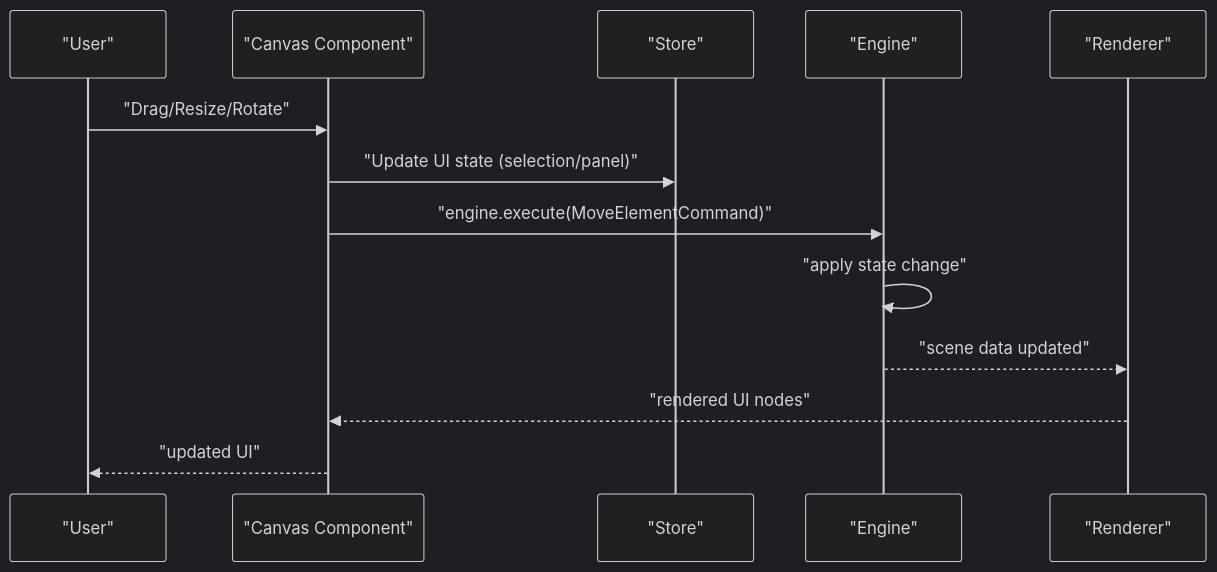
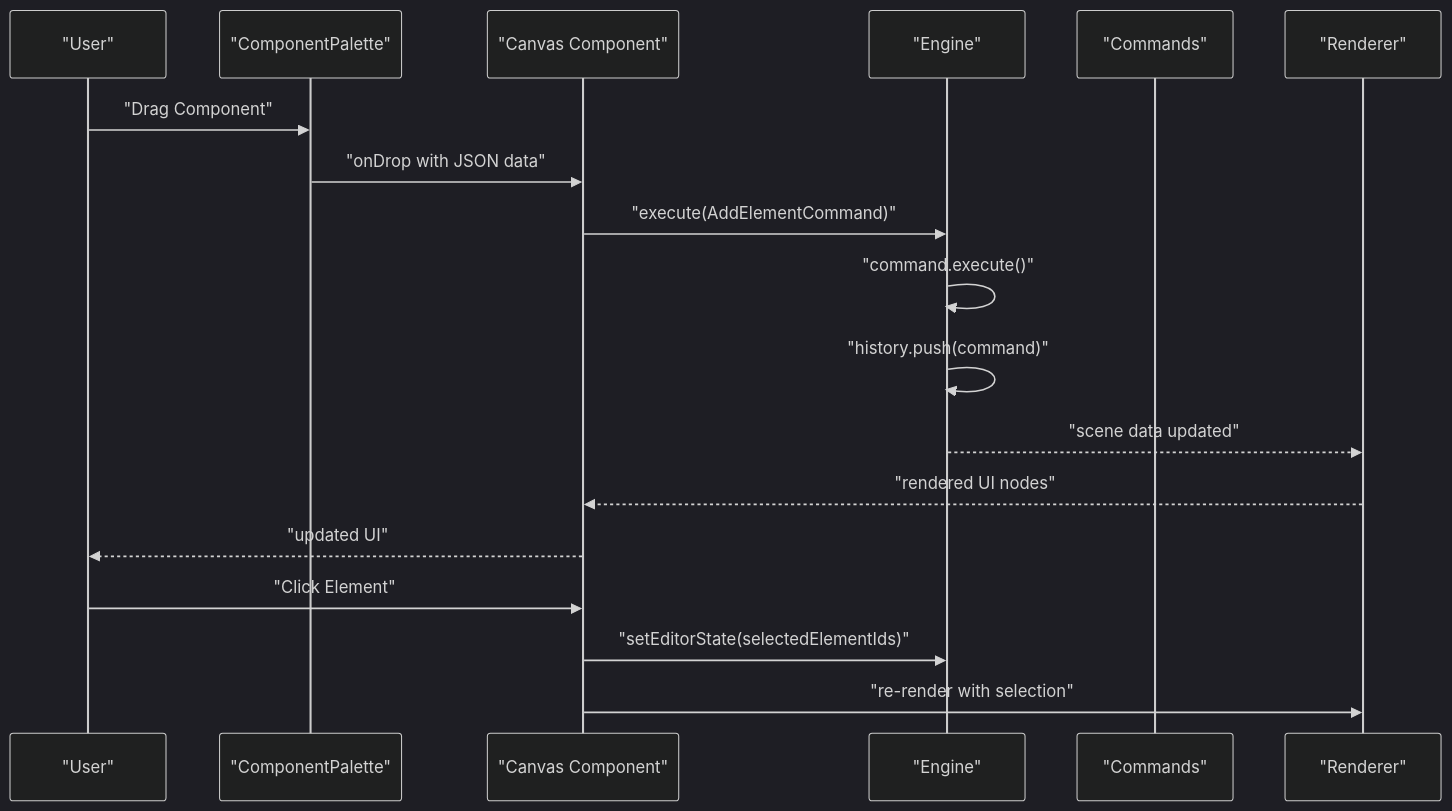
One commit to Anna0314zy/ai_editor_enginer changed the sixth of 8 diagrams in .qoder/repowiki/en/content/Architecture Overview/Architecture Overview.md. Above: the diagram before and after it, drawn with Mermaid (dark theme). The commit also changed other lines of this file and 41 other files, not shown here.

````diff
--- a/.qoder/repowiki/en/content/Architecture Overview/Architecture Overview.md
+++ b/.qoder/repowiki/en/content/Architecture Overview/Architecture Overview.md
@@ -253,15 +324,20 @@
 ```mermaid
 sequenceDiagram
 participant User as "User"
+participant Palette as "ComponentPalette"
 participant Canvas as "Canvas Component"
-participant Store as "Store"
 participant Engine as "Engine"
+participant Commands as "Commands"
 participant Renderer as "Renderer"
-User->>Canvas : "Drag/Resize/Rotate"
-Canvas->>Store : "Update UI state (selection/panel)"
-Canvas->>Engine : "engine.execute(MoveElementCommand)"
-Engine->>Engine : "apply state change"
+User->>Palette : "Drag Component"
+Palette->>Canvas : "onDrop with JSON data"
+Canvas->>Engine : "execute(AddElementCommand)"
+Engine->>Engine : "command.execute()"
+Engine->>Engine : "history.push(command)"
 Engine-->>Renderer : "scene data updated"
 Renderer-->>Canvas : "rendered UI nodes"
 Canvas-->>User : "updated UI"
+User->>Canvas : "Click Element"
+Canvas->>Engine : "setEditorState(selectedElementIds)"
+Canvas->>Renderer : "re-render with selection"
 ```
````
